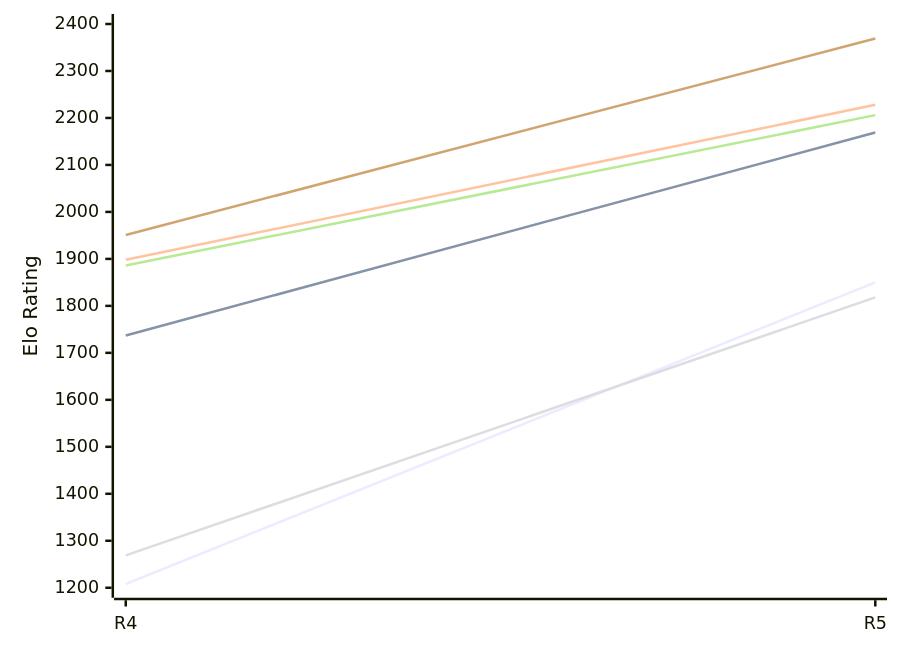
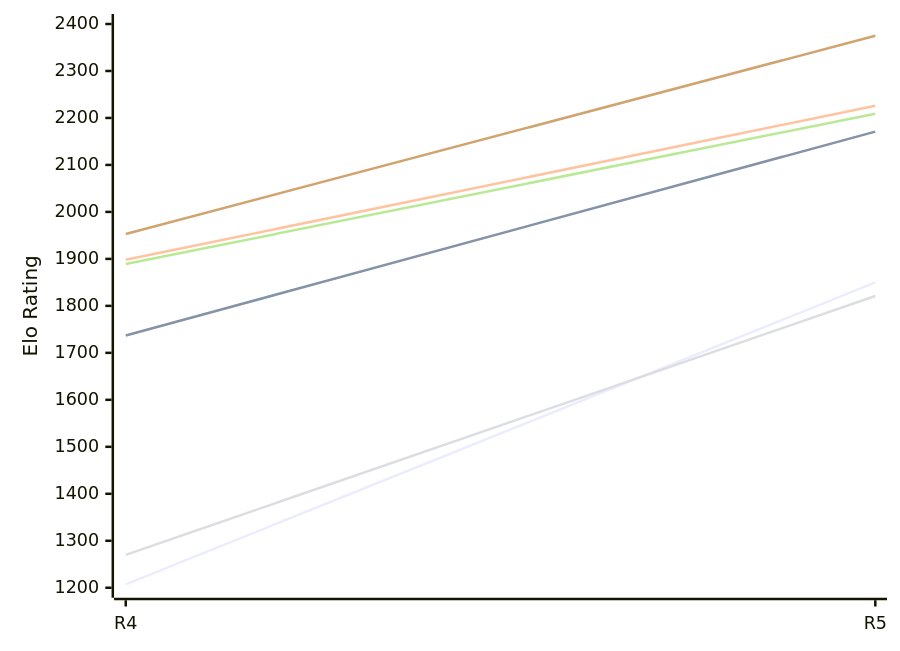
Before and after one commit to computer-chess-index/cci: the first of 2 diagrams in engines/Viking.md, drawn with Mermaid. The commit also changed other lines of this file, not shown here.

Commit message:
Update CCI Ratings (ELO VLTC) - 2026-11-23

````diff
--- a/engines/Viking.md
+++ b/engines/Viking.md
@@ -50,12 +50,12 @@
 ```mermaid
 %%{init: {"theme":"base","themeVariables":{"seriesColors:['#a3a3a3','#222221','#faa371']}}}%%
 xychart-beta
   x-axis ["R4", "R5"]
   y-axis "Elo Rating" 1200 --> 2400
-  line "E1: STC (8.0+0.08s)" [1208, 1850]
-  line "E1: LTC (60.0+0.60s)" [1737, 2169]
-  line "E1: VLTC (2m24s+1.12s)" [1898, 2228]
-  line "P1: STC (8.0+0.08s)" [1269, 1818]
-  line "P1: LTC (60.0+0.60s)" [1886, 2206]
-  line "P1: VLTC (2m24s+1.12s)" [1951, 2369]
+  line "E1: STC (8.0+0.08s)" [1207, 1850]
+  line "E1: LTC (60.0+0.60s)" [1737, 2171]
+  line "E1: VLTC (2m24s+1.12s)" [1898, 2226]
+  line "P1: STC (8.0+0.08s)" [1270, 1821]
+  line "P1: LTC (60.0+0.60s)" [1889, 2209]
+  line "P1: VLTC (2m24s+1.12s)" [1953, 2375]
 ```
````
